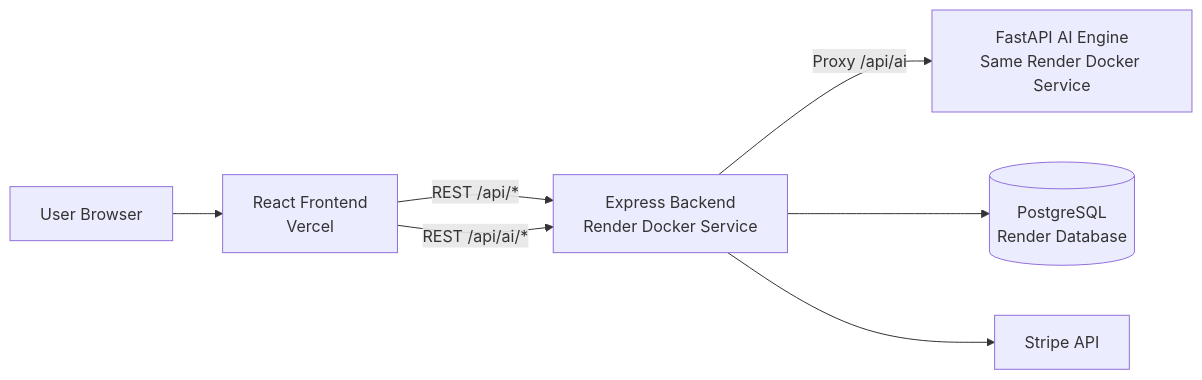
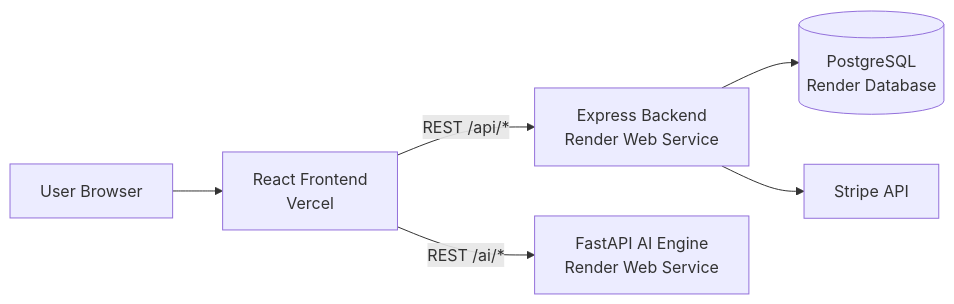
Before and after one commit to Tisha-choksi/Smart-Hospitality-Management: the first of 3 diagrams in README.md, drawn with Mermaid. The commit also changed other lines of this file and 2 other files, not shown here.

Commit message:
docs: update README and deployment guide for separate AI service configuration

````diff
--- a/README.md
+++ b/README.md
@@ -28,16 +28,15 @@
 ```mermaid
 flowchart LR
     U[User Browser]
     F[React Frontend\nVercel]
-    B[Express Backend\nRender Docker Service]
-    A[FastAPI AI Engine\nSame Render Docker Service]
+    B[Express Backend\nRender Web Service]
+    A[FastAPI AI Engine\nRender Web Service]
     D[(PostgreSQL\nRender Database)]
     S[Stripe API]
 
     U --> F
     F -->|REST /api/*| B
-    F -->|REST /api/ai/*| B
-    B -->|Proxy /api/ai| A
+    F -->|REST /ai/*| A
     B --> D
     B --> S
 ```
````
